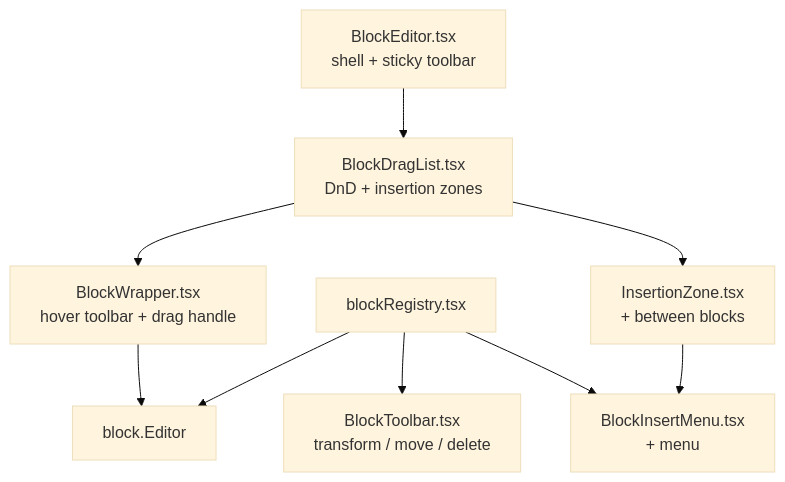
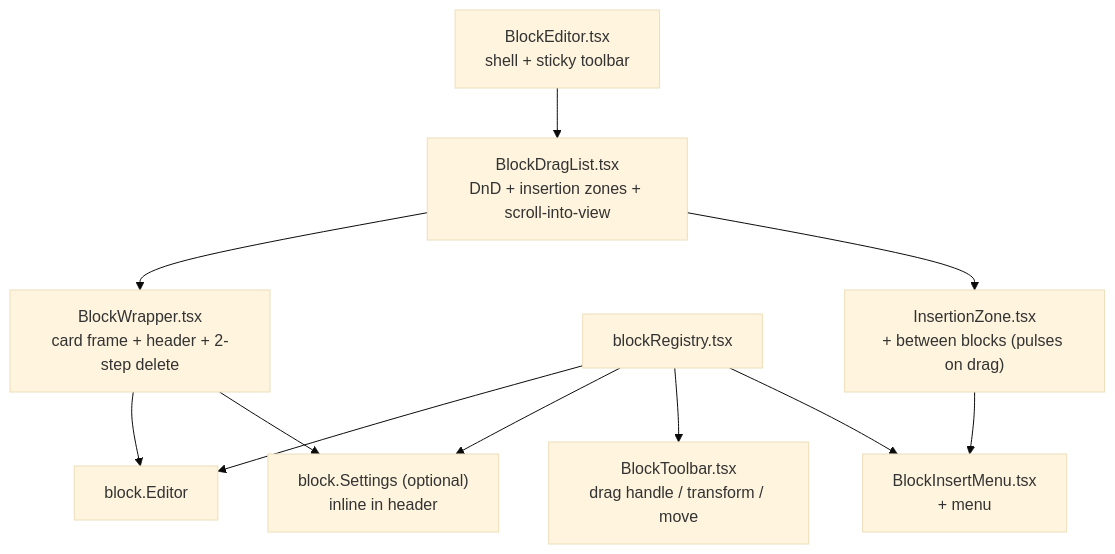
Before and after one commit to dash000meyti/nextgen-cms-Pelak: the diagram in docs/BLOCK-EDITOR.md, drawn with Mermaid (base theme). The commit also changed other lines of this file and 24 other files, not shown here.

````diff
--- a/docs/BLOCK-EDITOR.md
+++ b/docs/BLOCK-EDITOR.md
@@ -22,11 +22,13 @@
 ```mermaid
 flowchart TB
-  Shell["BlockEditor.tsx<br/>shell + sticky toolbar"] --> DragList["BlockDragList.tsx<br/>DnD + insertion zones"]
-  DragList --> Wrapper["BlockWrapper.tsx<br/>hover toolbar + drag handle"]
+  Shell["BlockEditor.tsx<br/>shell + sticky toolbar"] --> DragList["BlockDragList.tsx<br/>DnD + insertion zones + scroll-into-view"]
+  DragList --> Wrapper["BlockWrapper.tsx<br/>card frame + header + 2-step delete"]
   Wrapper --> Editor["block.Editor"]
+  Wrapper --> Settings["block.Settings (optional)<br/>inline in header"]
   Registry["blockRegistry.tsx"] --> Editor
-  Registry --> Toolbar["BlockToolbar.tsx<br/>transform / move / delete"]
+  Registry --> Settings
+  Registry --> Toolbar["BlockToolbar.tsx<br/>drag handle / transform / move"]
   Registry --> InsertMenu["BlockInsertMenu.tsx<br/>+ menu"]
-  DragList --> Zone["InsertionZone.tsx<br/>+ between blocks"]
+  DragList --> Zone["InsertionZone.tsx<br/>+ between blocks (pulses on drag)"]
   Zone --> InsertMenu
 ```
````
